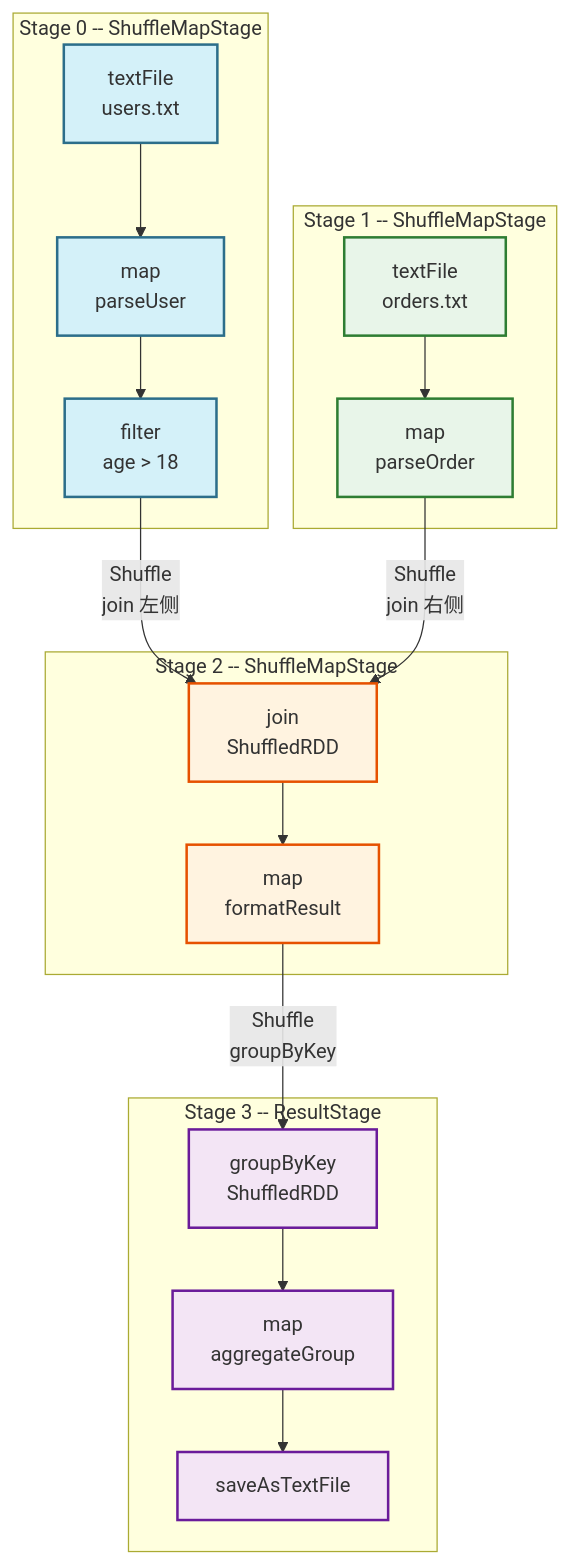
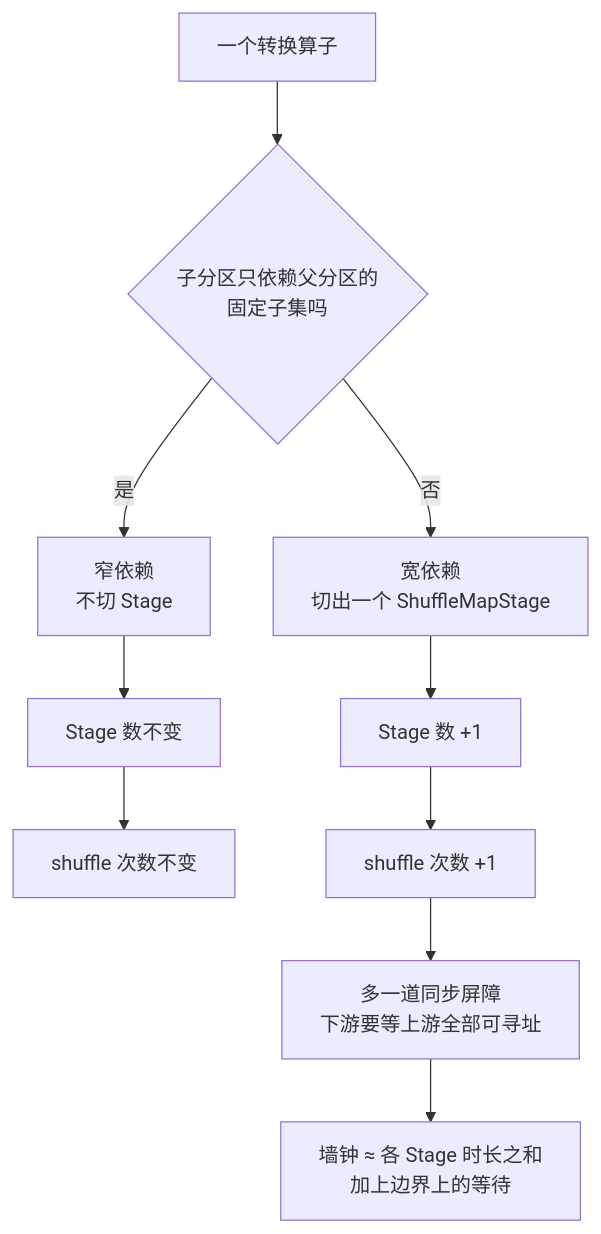
One commit to hpliStartAgain/my-brain changed the first of 5 diagrams in content/大数据/Spark/Spark-RDD核心原理解析/04 依赖关系的本质：宽依赖与窄依赖的结构定义与性能边界.md. Above: the diagram before and after it, drawn with Mermaid. The commit also changed other lines of this file and 455 other files, not shown here.

````diff
--- a/content/大数据/Spark/Spark-RDD核心原理解析/04 依赖关系的本质：宽依赖与窄依赖的结构定义与性能边界.md
+++ b/content/大数据/Spark/Spark-RDD核心原理解析/04 依赖关系的本质：宽依赖与窄依赖的结构定义与性能边界.md
@@ -345,42 +64,13 @@
 ```mermaid
-graph TD
-    subgraph "Stage 0 -- ShuffleMapStage"
-        A["textFile</br>users.txt"]
-        B["map</br>parseUser"]
-        C["filter</br>age > 18"]
-        A --> B --> C
-    end
-
-    subgraph "Stage 1 -- ShuffleMapStage"
-        D["textFile</br>orders.txt"]
-        E["map</br>parseOrder"]
-        D --> E
-    end
-
-    C -->|"Shuffle</br>join 左侧"| F
-    E -->|"Shuffle</br>join 右侧"| F
-
-    subgraph "Stage 2 -- ShuffleMapStage"
-        F["join</br>ShuffledRDD"]
-        G["map</br>formatResult"]
-        F --> G
-    end
-
-    G -->|"Shuffle</br>groupByKey"| H
-
-    subgraph "Stage 3 -- ResultStage"
-        H["groupByKey</br>ShuffledRDD"]
-        I["map</br>aggregateGroup"]
-        J["saveAsTextFile"]
-        H --> I --> J
-    end
-
-    classDef s0 fill:#d4f1f9,stroke:#2c6e8a,stroke-width:2px;
-    classDef s1 fill:#e8f5e9,stroke:#2e7d32,stroke-width:2px;
-    classDef s2 fill:#fff3e0,stroke:#e65100,stroke-width:2px;
-    classDef s3 fill:#f3e5f5,stroke:#6a1b9a,stroke-width:2px;
-    class A,B,C s0;
-    class D,E s1;
-    class F,G s2;
-    class H,I,J s3;
+%%{init: {'theme': 'dracula'}}%%
+flowchart TD
+    A["一个转换算子"] --> B{"子分区只依赖父分区的<br/>固定子集吗"}
+    B -->|"是"| C["窄依赖<br/>不切 Stage"]
+    B -->|"否"| D["宽依赖<br/>切出一个 ShuffleMapStage"]
+    C --> E["Stage 数不变"]
+    D --> F["Stage 数 +1"]
+    E --> G["shuffle 次数不变"]
+    F --> H["shuffle 次数 +1"]
+    H --> I["多一道同步屏障<br/>下游要等上游全部可寻址"]
+    I --> J["墙钟 ≈ 各 Stage 时长之和<br/>加上边界上的等待"]
 ```
````
